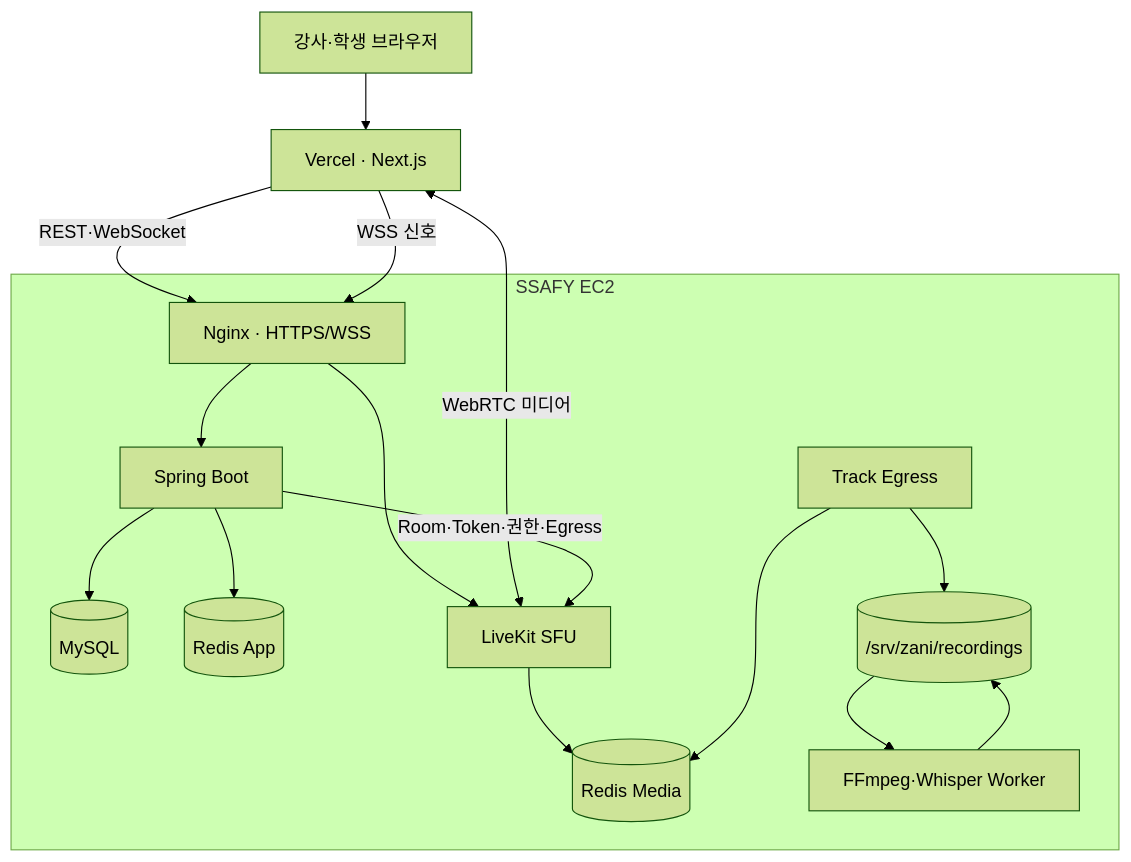
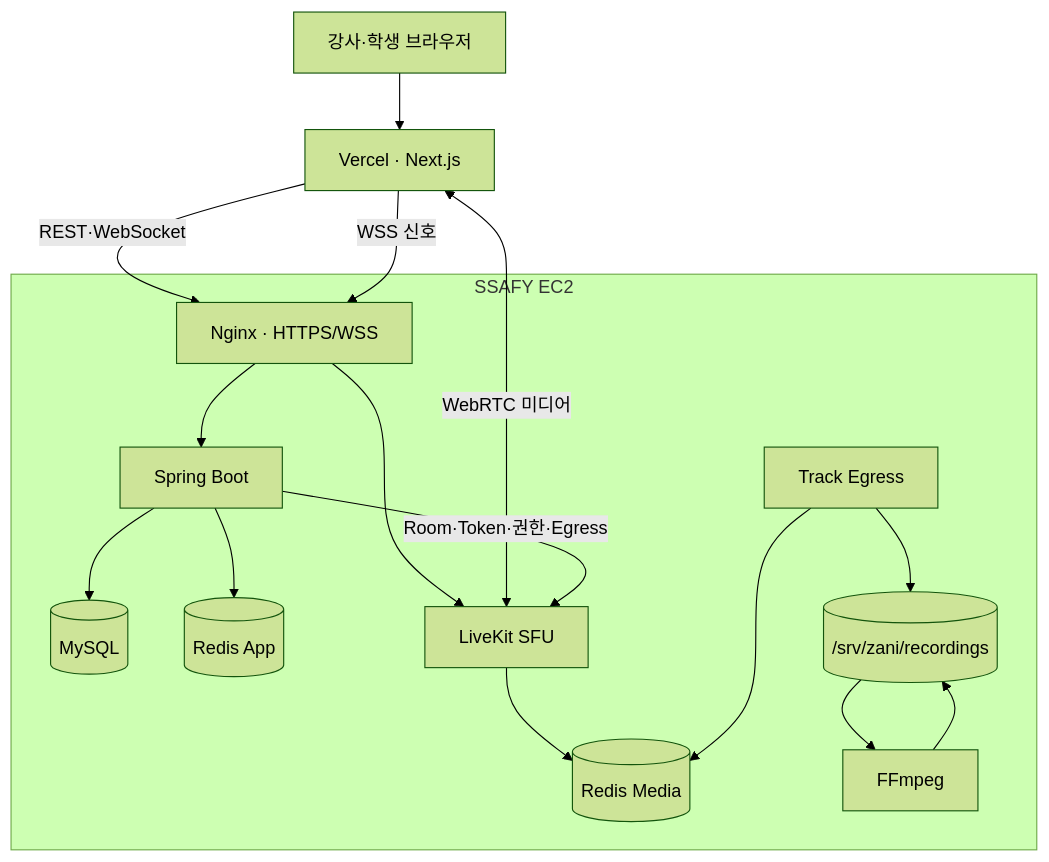
Before and after one commit to eomgerm/zani: the first of 6 diagrams in .agents/livekit-overview.md, drawn with Mermaid (forest theme). The commit also changed other lines of this file and 1 other file, not shown here.

````diff
--- a/.agents/livekit-overview.md
+++ b/.agents/livekit-overview.md
@@ -16,33 +16,33 @@
 ```mermaid
 flowchart TB
     U["강사·학생 브라우저"]
     FE["Vercel · Next.js"]
 
     subgraph EC2["SSAFY EC2"]
         NG["Nginx · HTTPS/WSS"]
         API["Spring Boot"]
         DB[("MySQL")]
         RA[("Redis App")]
         LK["LiveKit SFU"]
         RM[("Redis Media")]
         EG["Track Egress"]
-        FF["FFmpeg·Whisper Worker"]
+        FF["FFmpeg"]
         FS[("/srv/zani/recordings")]
     end
 
     U --> FE
     FE -->|"REST·WebSocket"| NG
     NG --> API
     API --> DB
     API --> RA
 
     FE -->|"WSS 신호"| NG
     NG --> LK
     FE <-->|"WebRTC 미디어"| LK
     API -->|"Room·Token·권한·Egress"| LK
     LK --> RM
     EG --> RM
     EG --> FS
     FS --> FF
     FF --> FS
 ```
````
